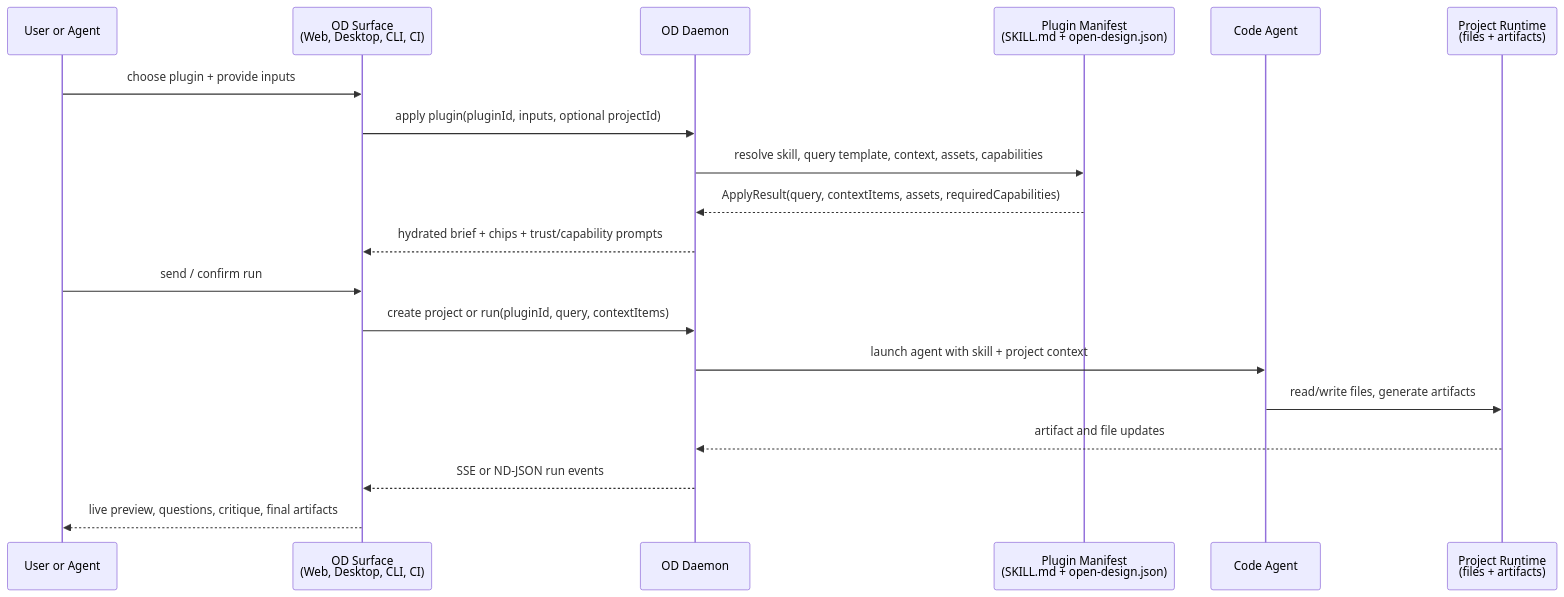
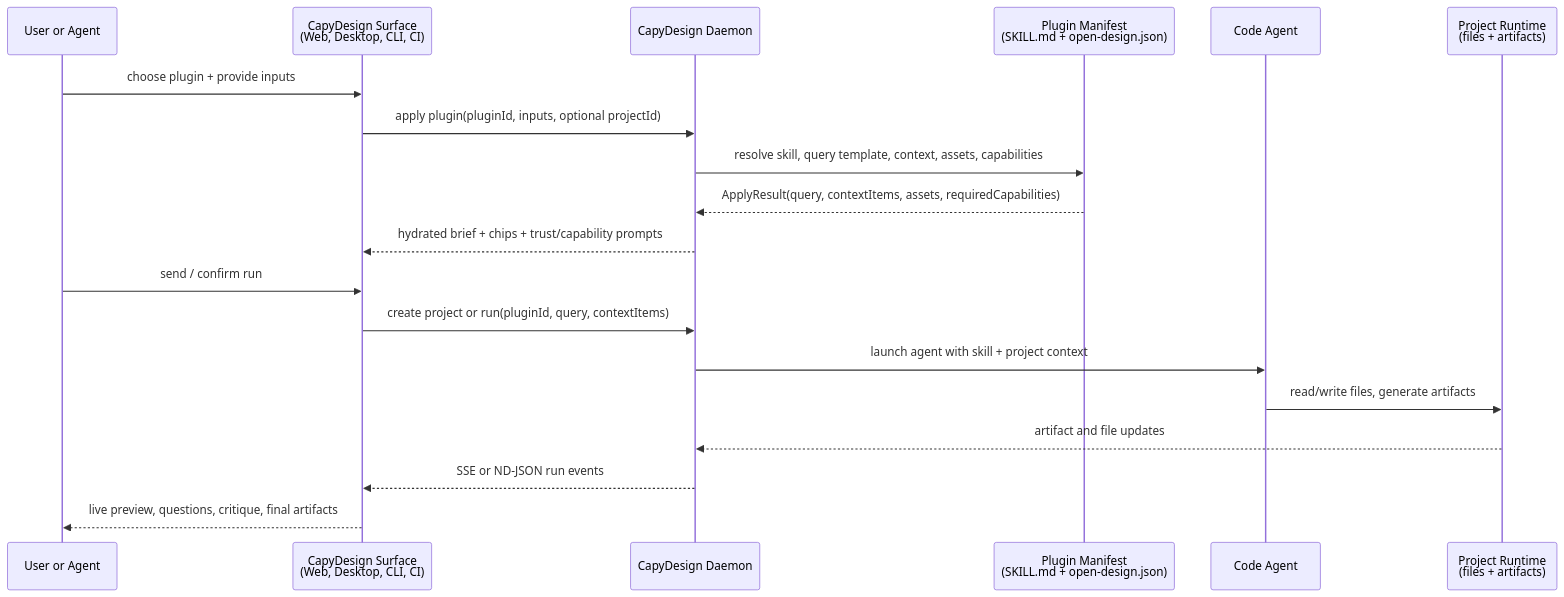
The first of 4 diagrams in docs/plugins-spec.md (unfoldingdimensions/open-design), drawn with Mermaid before and after one commit. The commit also changed other lines of this file and 57 other files, not shown here.

````diff
--- a/docs/plugins-spec.md
+++ b/docs/plugins-spec.md
@@ -35,22 +35,22 @@
 ```mermaid
 sequenceDiagram
   participant U as User or Agent
-  participant S as OD Surface<br/>(Web, Desktop, CLI, CI)
-  participant D as OD Daemon
+  participant S as CapyDesign Surface<br/>(Web, Desktop, CLI, CI)
+  participant D as CapyDesign Daemon
   participant P as Plugin Manifest<br/>(SKILL.md + open-design.json)
   participant A as Code Agent
   participant R as Project Runtime<br/>(files + artifacts)
 
   U->>S: choose plugin + provide inputs
   S->>D: apply plugin(pluginId, inputs, optional projectId)
   D->>P: resolve skill, query template, context, assets, capabilities
   P-->>D: ApplyResult(query, contextItems, assets, requiredCapabilities)
   D-->>S: hydrated brief + chips + trust/capability prompts
   U->>S: send / confirm run
   S->>D: create project or run(pluginId, query, contextItems)
   D->>A: launch agent with skill + project context
   A->>R: read/write files, generate artifacts
   R-->>D: artifact and file updates
   D-->>S: SSE or ND-JSON run events
   S-->>U: live preview, questions, critique, final artifacts
 ```
````
